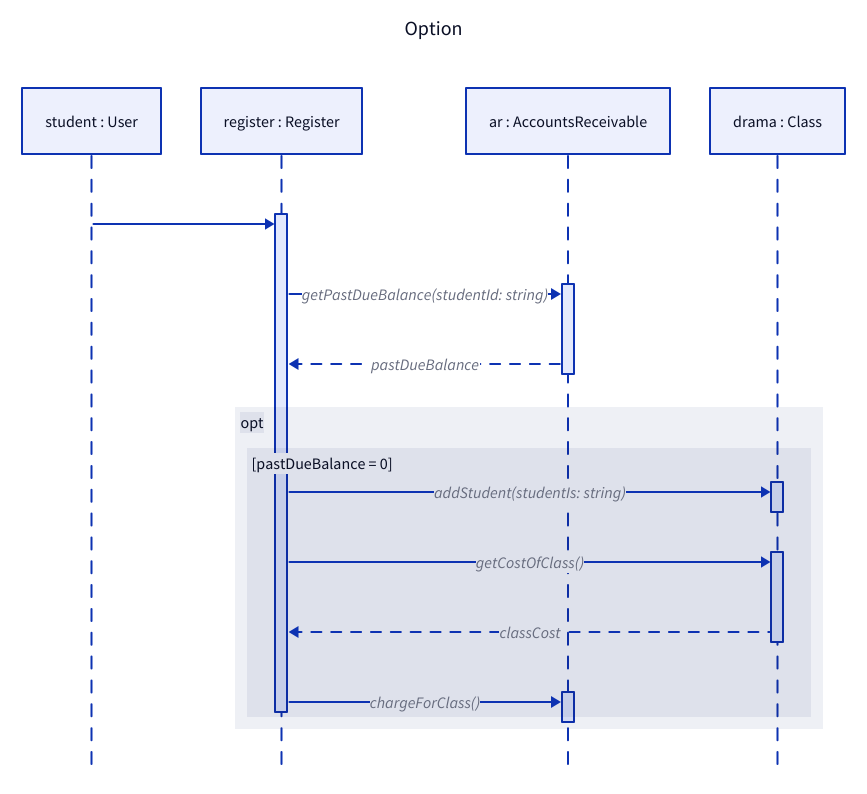
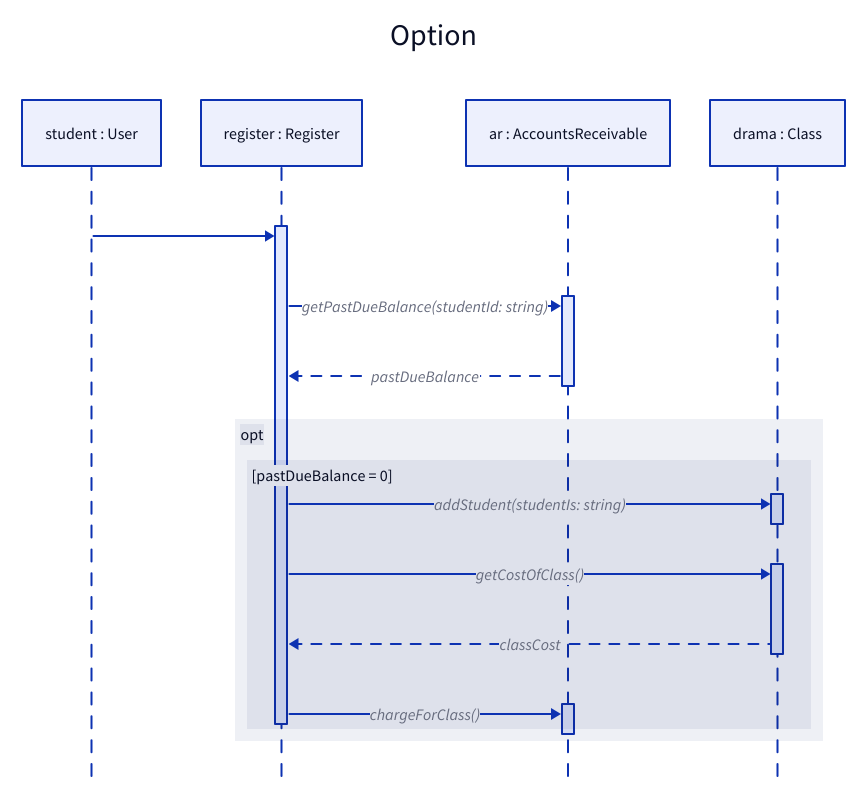
One commit to TheCre8tor/declarative_diagramming changed the diagram in option.d2. Above: the diagram before and after it, drawn with D2. The commit also changed 7 other files, not shown here.

Commit message:
refatored the sequence styles

```diff
--- a/option.d2
+++ b/option.d2
@@ -1,30 +1,29 @@
 Option: {
+    # reference: https://developer.ibm.com/articles/the-sequence-diagram/
     shape: sequence_diagram
-    style: {
-        font-size: 20
-    }
+    style.font-size: 30
 
     student: student : User
     register: register : Register
     ar: ar : AccountsReceivable
     drama: drama : Class
 
     student -> register.lifeline
     register.lifeline -> ar.lifeline: getPastDueBalance(studentId: string)
     register.lifeline <- ar.lifeline: pastDueBalance {
         style.stroke-dash: 5
     }
 
     opt: {
         \[pastDueBalance = 0\]: {
             register.lifeline -> drama.span1: addStudent(studentIs: string)
             register.lifeline -> drama.span2: getCostOfClass()
             register.lifeline <- drama.span2: classCost {
                 style.stroke-dash: 5
             }
 
             register.lifeline -> ar.span: chargeForClass()
         }
     }
 
 }
```
